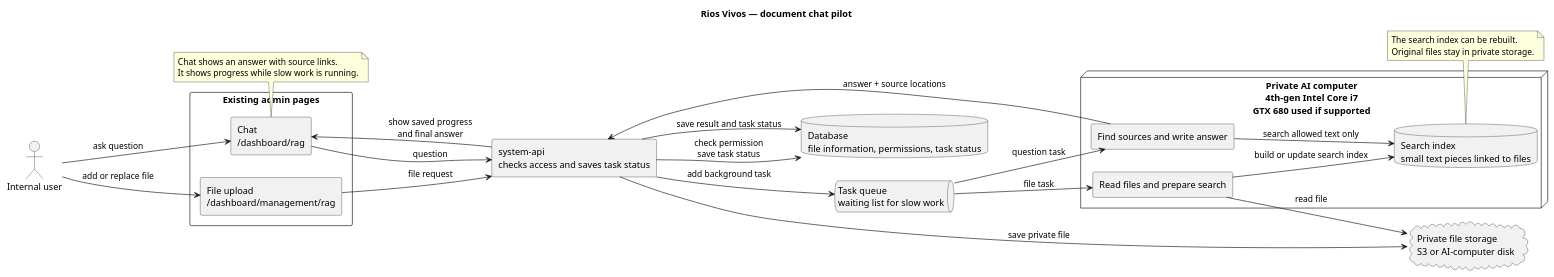
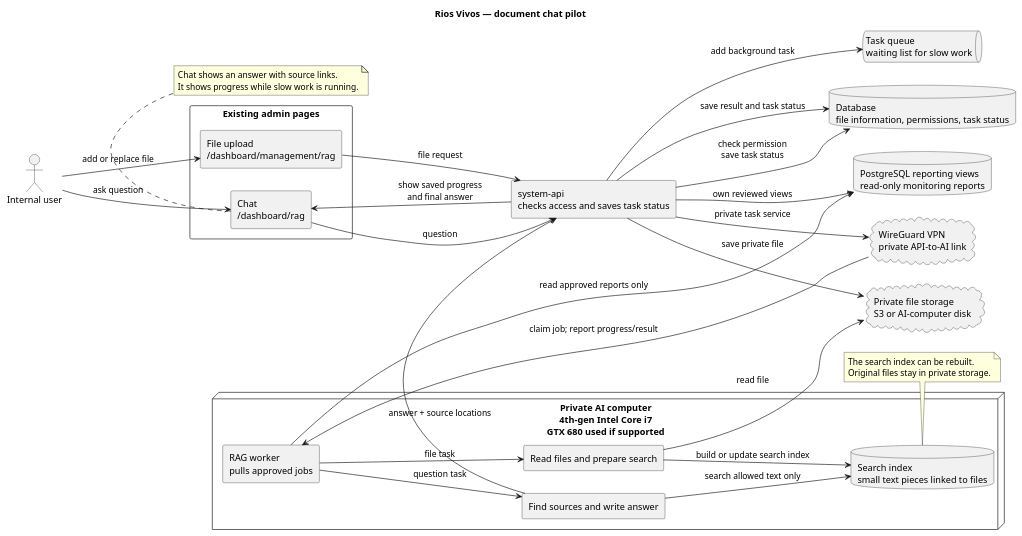
One commit to Rios-Vivos/docs changed the diagram in plantuml/rag-architecture.plantuml. Above: the diagram before and after it, drawn with PlantUML. The commit also changed 7 other files, not shown here.

Commit message:
docs: detail RAG VPN and monitoring data design

```diff
--- a/plantuml/rag-architecture.plantuml
+++ b/plantuml/rag-architecture.plantuml
@@ -1,51 +1,58 @@
 @startuml
 title Rios Vivos — document chat pilot
 left to right direction
 skinparam shadowing false
 skinparam componentStyle rectangle
 
 actor "Internal user" as user
 
 rectangle "Existing admin pages" {
   [File upload\n/dashboard/management/rag] as upload
   [Chat\n/dashboard/rag] as chat
 }
 
 [system-api\nchecks access and saves task status] as api
+cloud "WireGuard VPN\nprivate API-to-AI link" as vpn
 queue "Task queue\nwaiting list for slow work" as queue
 database "Database\nfile information, permissions, task status" as db
+database "PostgreSQL reporting views\nread-only monitoring reports" as reports
 cloud "Private file storage\nS3 or AI-computer disk" as files
 
 node "Private AI computer\n4th-gen Intel Core i7\nGTX 680 used if supported" {
+  [RAG worker\npulls approved jobs] as worker
   [Read files and prepare search] as prepare
   database "Search index\nsmall text pieces linked to files" as index
   [Find sources and write answer] as answer
 }
 
 user --> upload : add or replace file
 user --> chat : ask question
 upload --> api : file request
 chat --> api : question
 api --> db : check permission\nsave task status
 api --> files : save private file
 api --> queue : add background task
 api --> chat : show saved progress\nand final answer
+api --> reports : own reviewed views
+api --> vpn : private task service
+vpn --> worker : claim job; report progress/result
 
-queue --> prepare : file task
+worker --> prepare : file task
 prepare --> files : read file
 prepare --> index : build or update search index
-queue --> answer : question task
+worker --> answer : question task
 answer --> index : search allowed text only
+worker --> reports : read approved reports only
 answer --> api : answer + source locations
 api --> db : save result and task status
 
 note bottom of chat
 Chat shows an answer with source links.
 It shows progress while slow work is running.
 end note
 
 note bottom of index
 The search index can be rebuilt.
 Original files stay in private storage.
 end note
 @enduml
```
